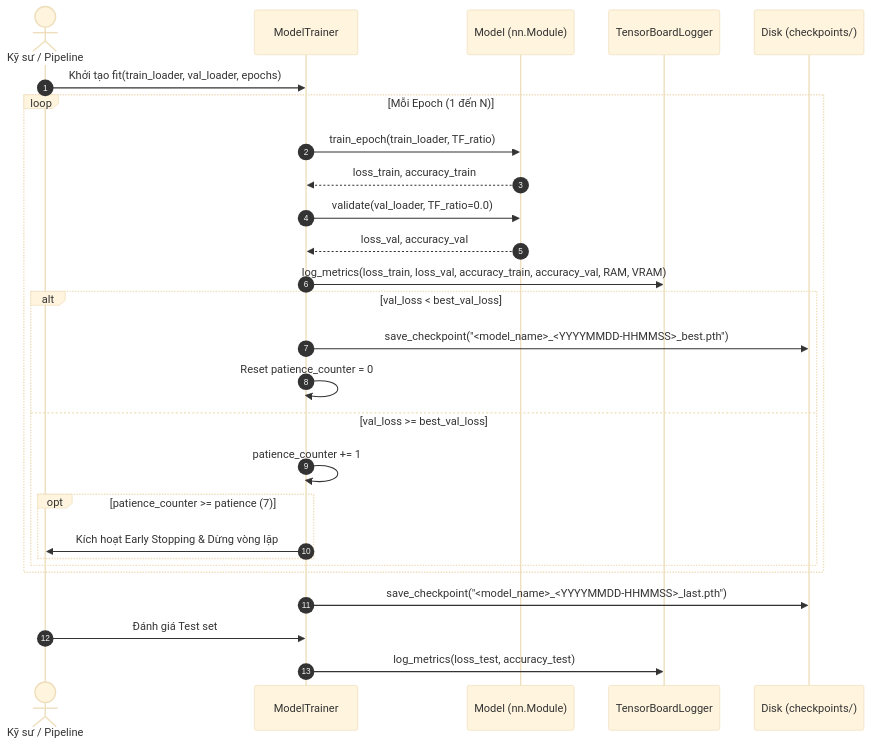
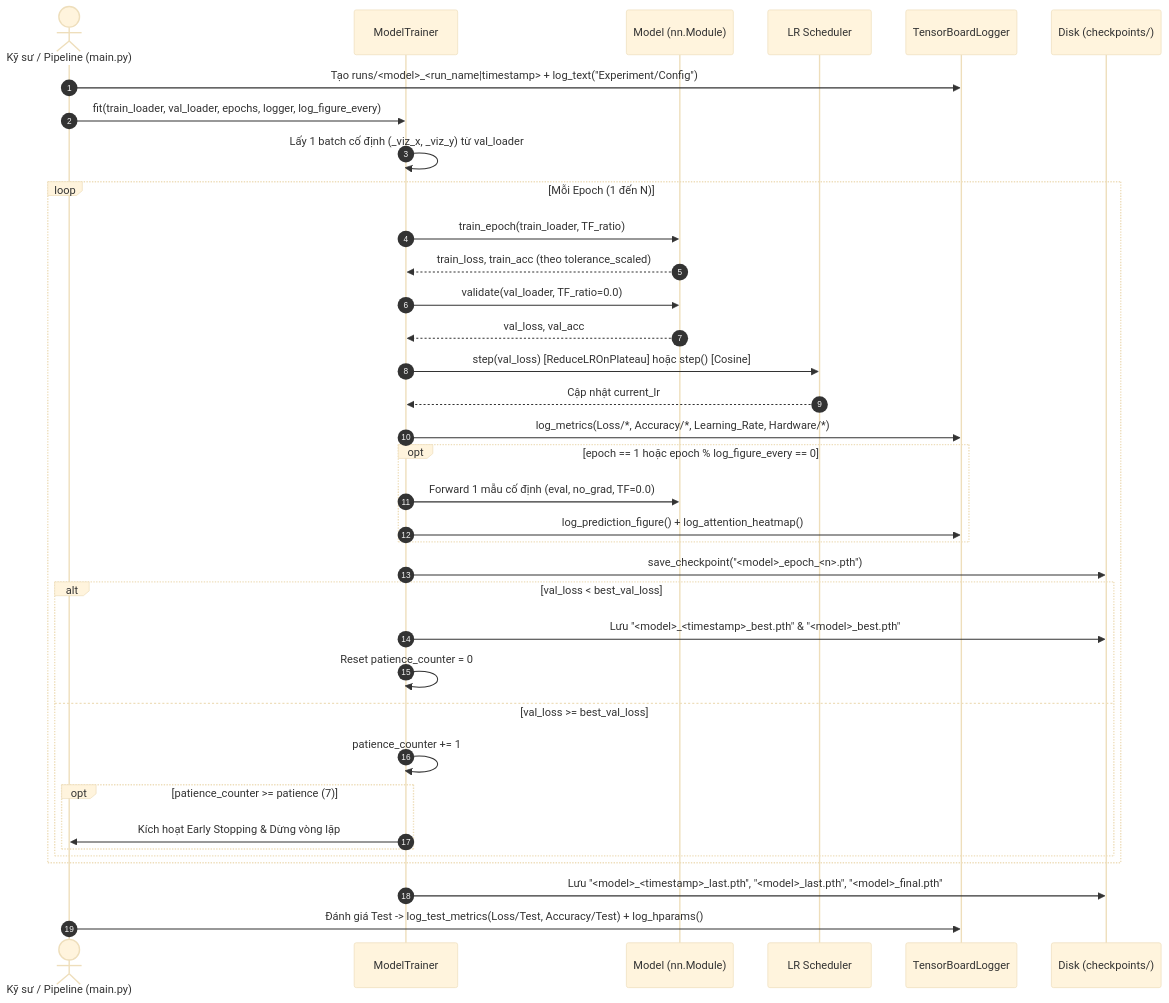
Before and after one commit to Tanlee29-01/Sequence-to-Sequence-Weather-Forecasting-Model-LSTM: the diagram in docs/training.md, drawn with Mermaid (base theme). The commit also changed other lines of this file and 9 other files, not shown here.

````diff
--- a/docs/training.md
+++ b/docs/training.md
@@ -75,30 +104,39 @@
 ```mermaid
 sequenceDiagram
     autonumber
-    actor Dev as Kỹ sư / Pipeline
+    actor Dev as Kỹ sư / Pipeline (main.py)
     participant T as ModelTrainer
     participant M as Model (nn.Module)
+    participant S as LR Scheduler
     participant L as TensorBoardLogger
     participant D as Disk (checkpoints/)
 
-    Dev->>T: Khởi tạo fit(train_loader, val_loader, epochs)
+    Dev->>L: Tạo runs/<model>_<run_name|timestamp> + log_text("Experiment/Config")
+    Dev->>T: fit(train_loader, val_loader, epochs, logger, log_figure_every)
+    T->>T: Lấy 1 batch cố định (_viz_x, _viz_y) từ val_loader
     loop Mỗi Epoch (1 đến N)
         T->>M: train_epoch(train_loader, TF_ratio)
-        M-->>T: loss_train, accuracy_train
+        M-->>T: train_loss, train_acc (theo tolerance_scaled)
         T->>M: validate(val_loader, TF_ratio=0.0)
-        M-->>T: loss_val, accuracy_val
-        T->>L: log_metrics(loss_train, loss_val, accuracy_train, accuracy_val, RAM, VRAM)
+        M-->>T: val_loss, val_acc
+        T->>S: step(val_loss) [ReduceLROnPlateau] hoặc step() [Cosine]
+        S-->>T: Cập nhật current_lr
+        T->>L: log_metrics(Loss/*, Accuracy/*, Learning_Rate, Hardware/*)
+        opt epoch == 1 hoặc epoch % log_figure_every == 0
+            T->>M: Forward 1 mẫu cố định (eval, no_grad, TF=0.0)
+            T->>L: log_prediction_figure() + log_attention_heatmap()
+        end
+        T->>D: save_checkpoint("<model>_epoch_<n>.pth")
         alt val_loss < best_val_loss
-            T->>D: save_checkpoint("<model_name>_<YYYYMMDD-HHMMSS>_best.pth")
+            T->>D: Lưu "<model>_<timestamp>_best.pth" & "<model>_best.pth"
             T->>T: Reset patience_counter = 0
         else val_loss >= best_val_loss
             T->>T: patience_counter += 1
             opt patience_counter >= patience (7)
                 T->>Dev: Kích hoạt Early Stopping & Dừng vòng lặp
             end
         end
     end
-    T->>D: save_checkpoint("<model_name>_<YYYYMMDD-HHMMSS>_last.pth")
-    Dev->>T: Đánh giá Test set
-    T->>L: log_metrics(loss_test, accuracy_test)
+    T->>D: Lưu "<model>_<timestamp>_last.pth", "<model>_last.pth", "<model>_final.pth"
+    Dev->>L: Đánh giá Test -> log_test_metrics(Loss/Test, Accuracy/Test) + log_hparams()
 ```
````
